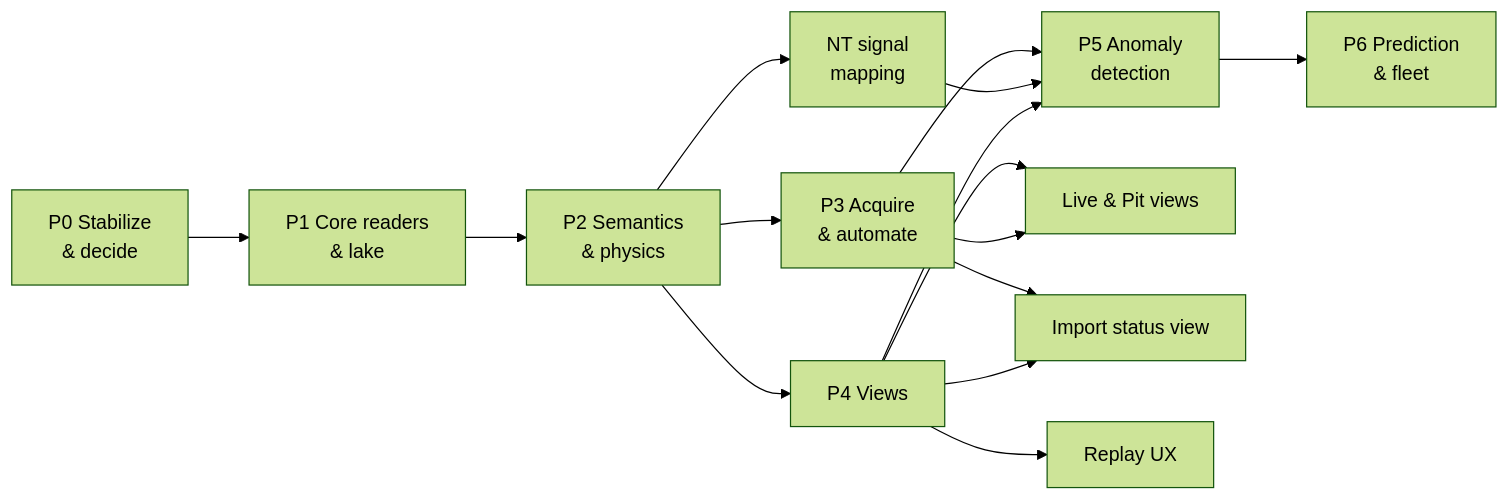
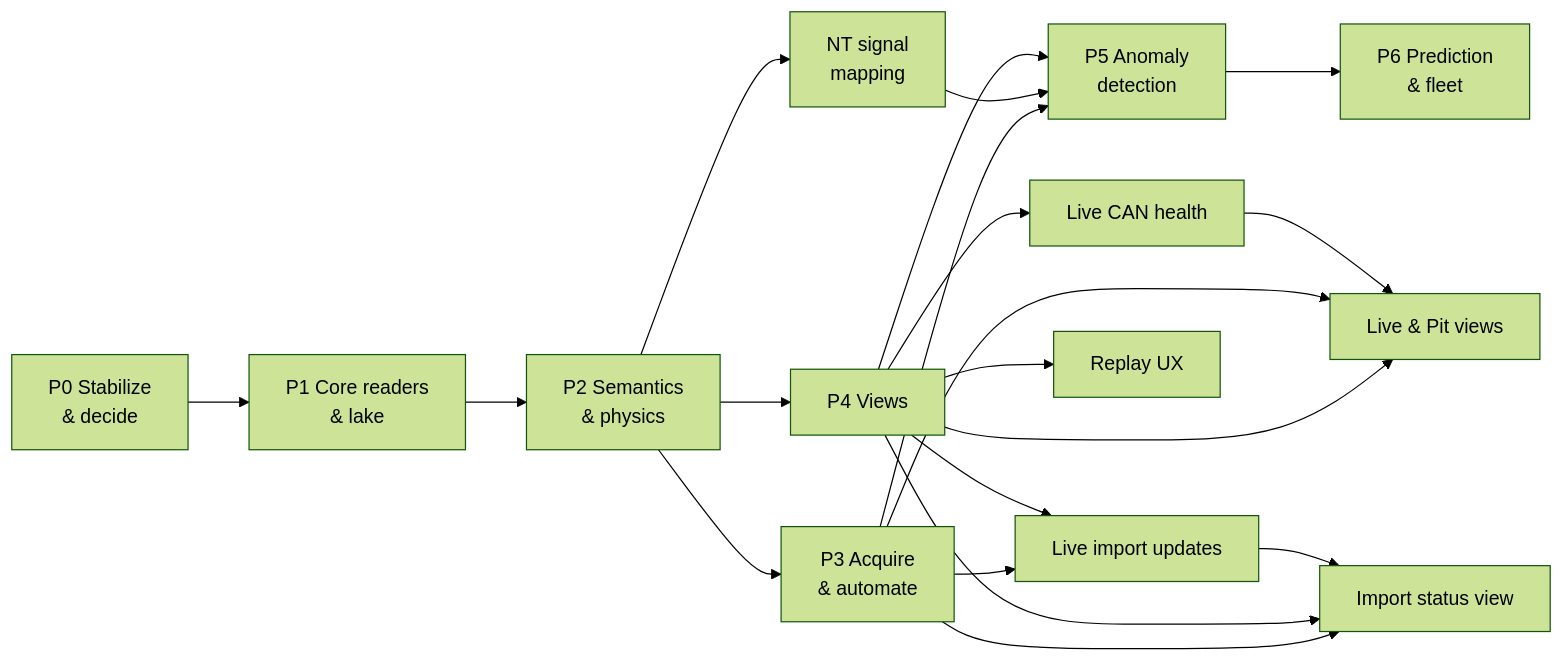
The first of 2 diagrams in docs/rewrite/06-roadmap.md (IgniteRobotics/flashpoint), drawn with Mermaid (forest theme) before and after one commit. The commit also changed other lines of this file, not shown here.

First line of the commit message:
docs: add Live CAN health and Live import updates to the roadmap

````diff
--- a/docs/rewrite/06-roadmap.md
+++ b/docs/rewrite/06-roadmap.md
@@ -9,17 +9,22 @@
 ```mermaid
 flowchart LR
     P0[P0 Stabilize<br>& decide] --> P1[P1 Core readers<br>& lake]
     P1 --> P2[P2 Semantics<br>& physics]
     P2 --> P3[P3 Acquire<br>& automate]
     P2 --> P4[P4 Views]
     P3 --> P5[P5 Anomaly<br>detection]
     P2 --> P2b[NT signal<br>mapping]
     P2b --> P5
     P4 --> P5
     P4 --> P4b[Live & Pit views]
     P3 --> P4b
     P3 --> P4c[Import status view]
     P4 --> P4c
+    P4 --> P4e[Live CAN health]
+    P4e --> P4b
+    P3 --> P4f[Live import updates]
+    P4 --> P4f
+    P4f --> P4c
     P4 --> P4d[Replay UX]
     P5 --> P6[P6 Prediction<br>& fleet]
 ```
````
